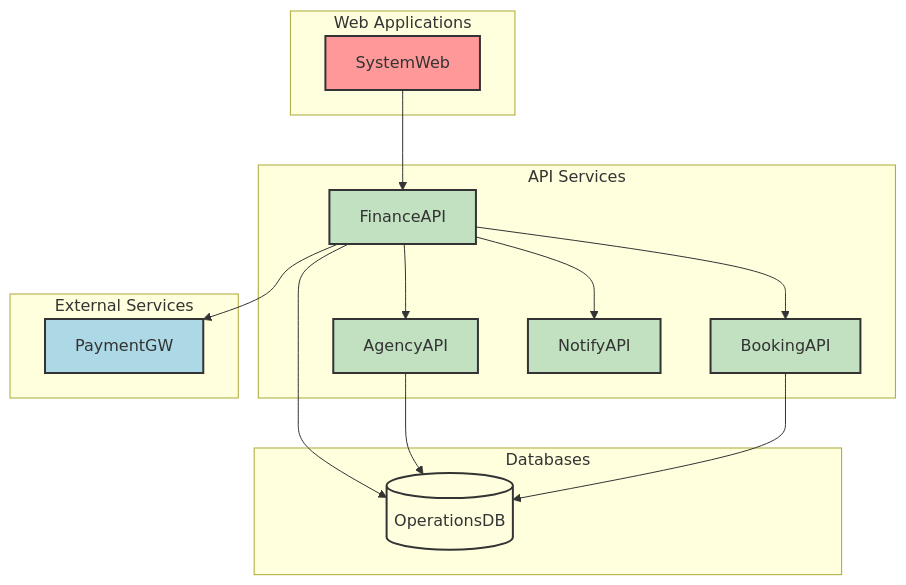
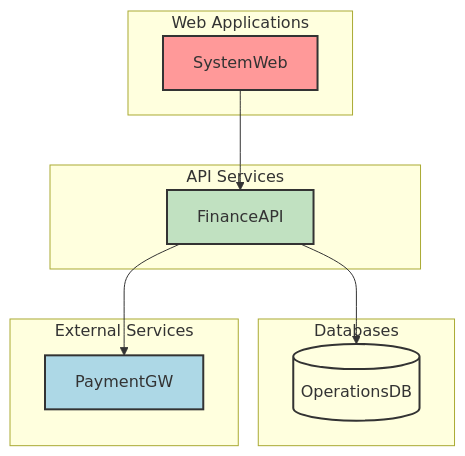
The first of 2 diagrams in profile/1-analysis/5_3-astrobookings-financial-operations-domain.md (AstroBookings/.github), drawn with Mermaid before and after one commit. The commit also changed other lines of this file and 6 other files, not shown here.

````diff
--- a/profile/1-analysis/5_3-astrobookings-financial-operations-domain.md
+++ b/profile/1-analysis/5_3-astrobookings-financial-operations-domain.md
@@ -71,47 +59,37 @@
 ```mermaid
 graph TD
     subgraph Web Applications
         SystemWeb[SystemWeb]
     end
 
     subgraph API Services
         FinanceAPI[FinanceAPI]
-        AgencyAPI[AgencyAPI]
-        BookingAPI[BookingAPI]
-        NotifyAPI[NotifyAPI]
     end
 
     subgraph Databases
         OperationsDB[(OperationsDB)]
     end
 
     subgraph External Services
         PaymentGW[PaymentGW]
     end
 
     %% Web to API connections
     SystemWeb --> FinanceAPI
 
-    %% API to API connections
-    FinanceAPI --> AgencyAPI
-    FinanceAPI --> BookingAPI
-    FinanceAPI --> NotifyAPI
-
     %% API to Database connections
     FinanceAPI --> OperationsDB
-    AgencyAPI --> OperationsDB
-    BookingAPI --> OperationsDB
 
     %% API to External Service connections
     FinanceAPI --> PaymentGW
 
     %% Style
     classDef web fill:#FF9999,stroke:#333,stroke-width:2px;
     classDef api fill:#C1E1C1,stroke:#333,stroke-width:2px;
     classDef db fill:#FFFFE0,stroke:#333,stroke-width:2px;
     classDef ext fill:#ADD8E6,stroke:#333,stroke-width:2px;
     class SystemWeb web;
-    class FinanceAPI,AgencyAPI,BookingAPI,NotifyAPI api;
+    class FinanceAPI api;
     class OperationsDB db;
     class PaymentGW ext;
 ```
````
